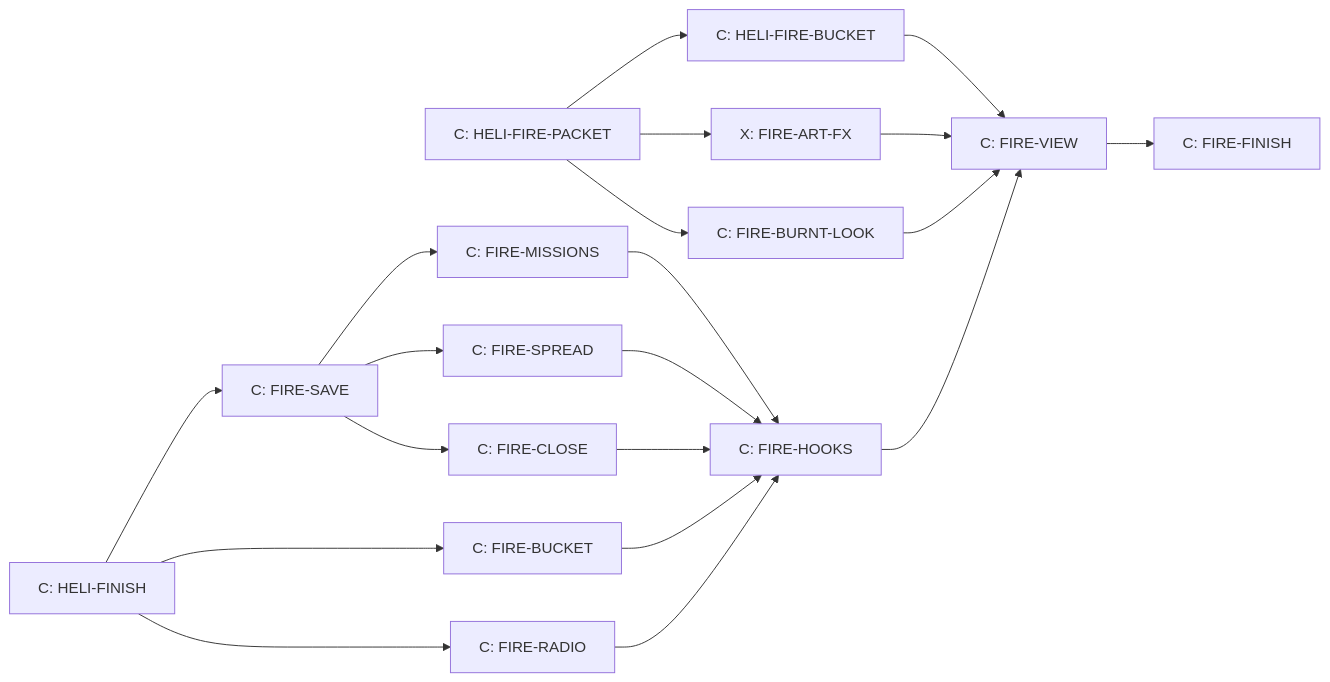
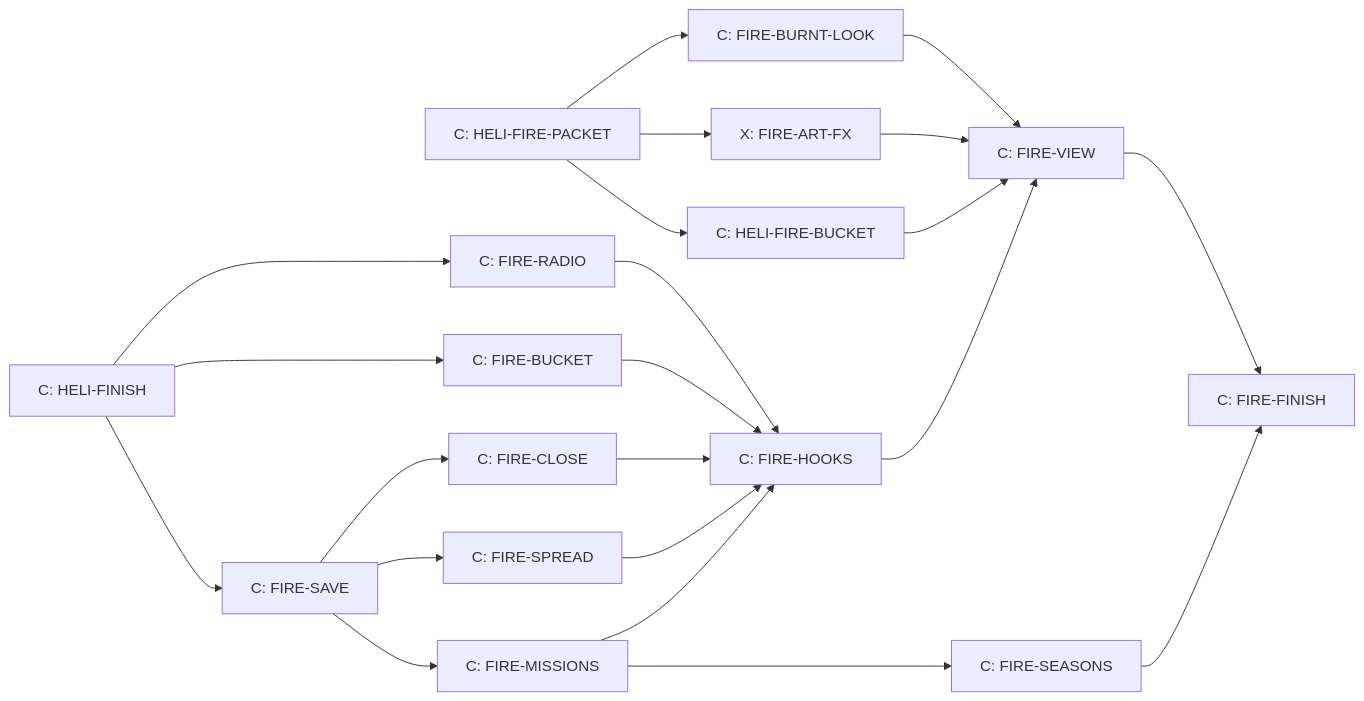
Before and after one commit to Dukes0O/the-duel-remake: the diagram in docs/HELI_FIRE.md, drawn with Mermaid. The commit also changed other lines of this file and 9 other files, not shown here.

````diff
--- a/docs/HELI_FIRE.md
+++ b/docs/HELI_FIRE.md
@@ -609,15 +631,16 @@
 ```mermaid
 flowchart LR
   P[C: HELI-FIRE-PACKET] --> AB[C: HELI-FIRE-BUCKET]
   P --> AF[X: FIRE-ART-FX]
   P --> AR[C: FIRE-BURNT-LOOK]
   HF[C: HELI-FINISH] --> SV[C: FIRE-SAVE]
   HF --> BK[C: FIRE-BUCKET]
   HF --> RD[C: FIRE-RADIO]
   SV --> MS[C: FIRE-MISSIONS]
+  MS --> SE[C: FIRE-SEASONS]
   SV --> SP[C: FIRE-SPREAD]
   SV --> CL[C: FIRE-CLOSE]
   MS & SP & BK & RD & CL --> HK[C: FIRE-HOOKS]
   HK & AB & AF & AR --> VW[C: FIRE-VIEW]
-  VW --> FN[C: FIRE-FINISH]
+  VW & SE --> FN[C: FIRE-FINISH]
 ```
````
